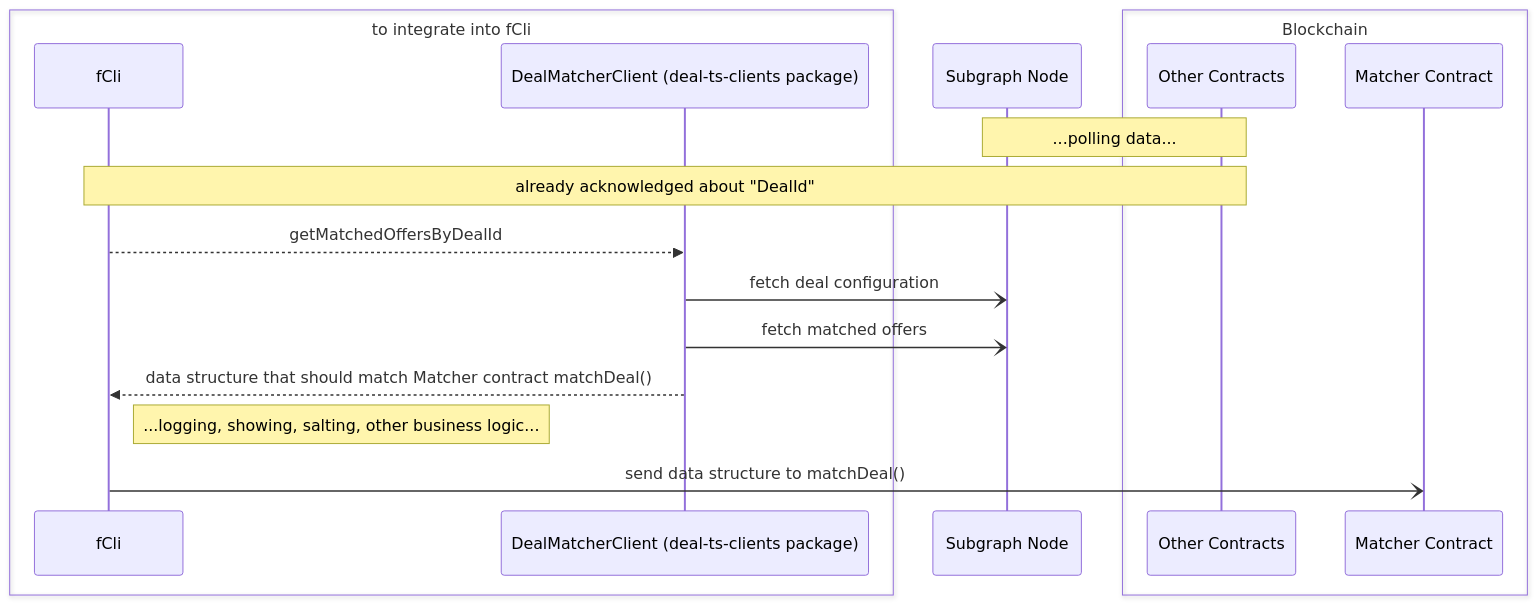
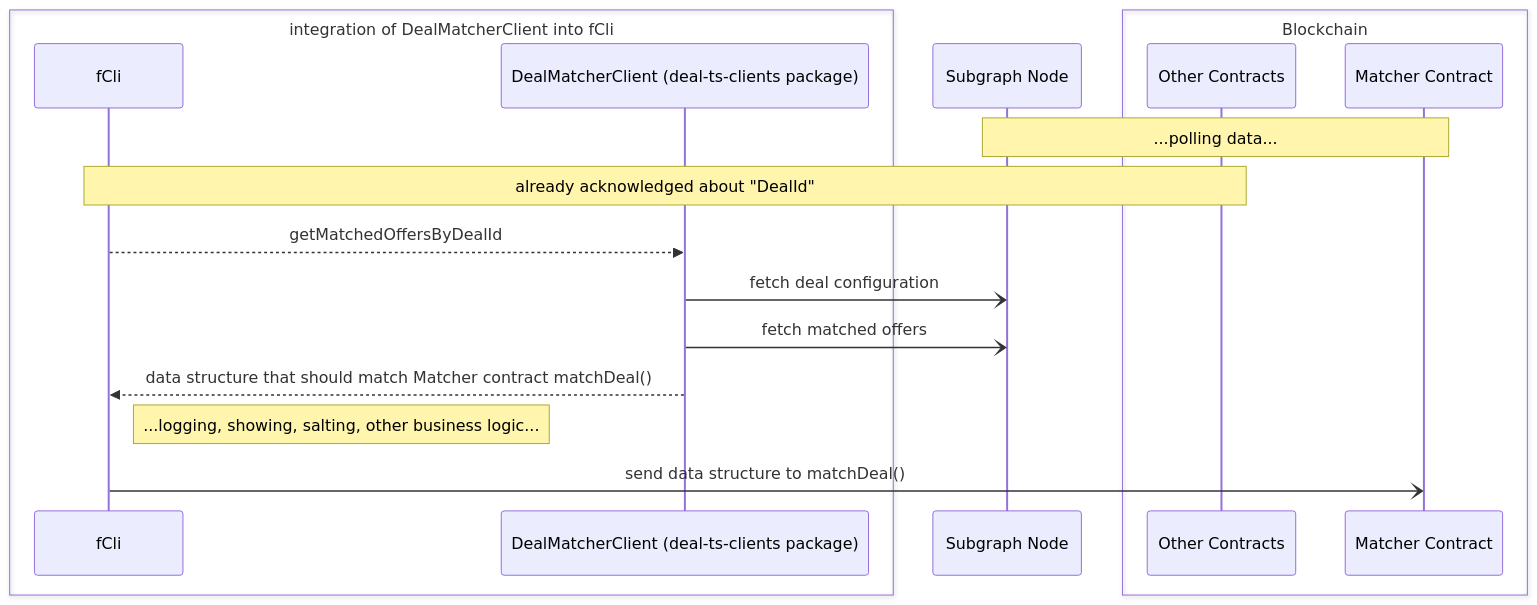
One commit to fluencelabs/deal changed the diagram in ts-client/README.md. Above: the diagram before and after it, drawn with Mermaid.

````diff
--- a/ts-client/README.md
+++ b/ts-client/README.md
@@ -25,23 +25,23 @@
 ```mermaid
 sequenceDiagram
 
-    box to integrate into fCli
+    box integration of DealMatcherClient into fCli
         participant fCli
         participant newClient as DealMatcherClient (deal-ts-clients package)
     end
     participant indexer as Subgraph Node
     box Blockchain
         participant Other Contracts
         participant matcher as Matcher Contract
     end
 
-    Note over indexer,Other Contracts: ...polling data...
+    Note over indexer,matcher: ...polling data...
     Note over fCli,Other Contracts: already acknowledged about "DealId"
     
     fCli -->> newClient: getMatchedOffersByDealId
     newClient -) indexer: fetch deal configuration
     newClient -) indexer: fetch matched offers
     newClient -->> fCli: data structure that should match Matcher contract matchDeal()
     Note right of fCli: ...logging, showing, salting, other business logic...
     fCli -) matcher: send data structure to matchDeal()
 ```
````
